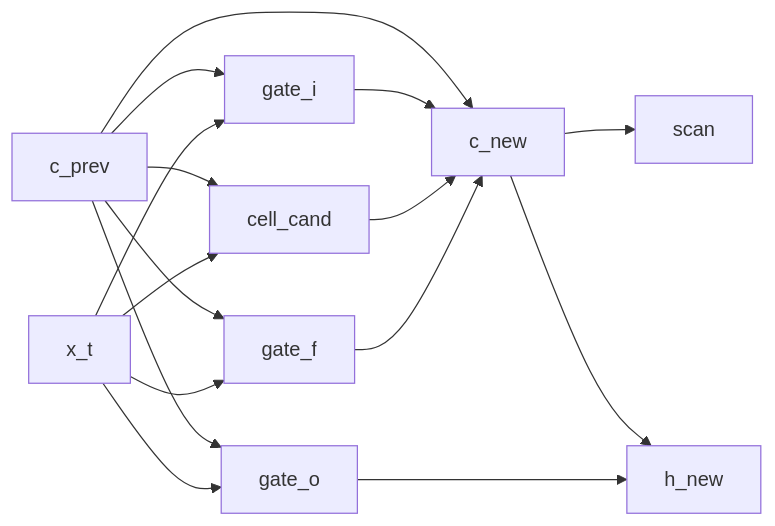
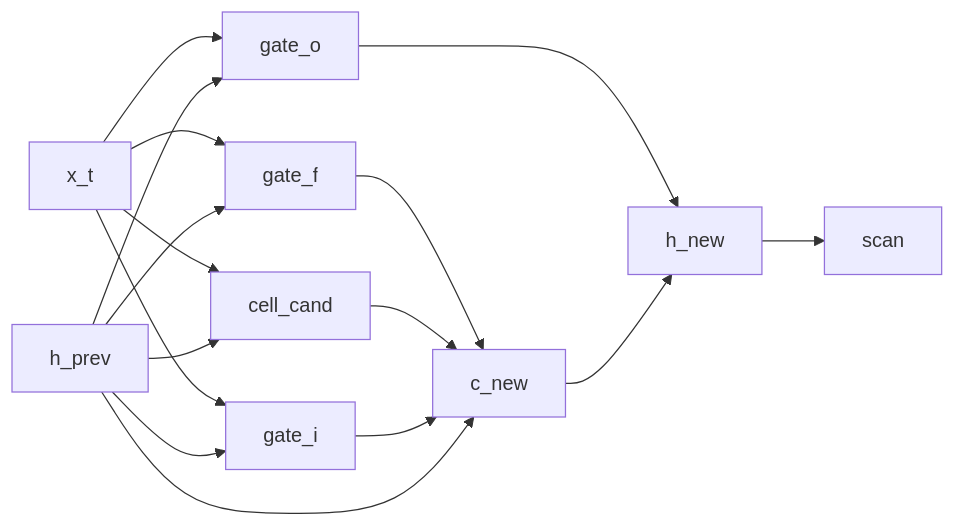
One commit to FACTSlab/quivers changed the diagram in docs/examples/lstm-lm.md. Above: the diagram before and after it, drawn with Mermaid. The commit also changed other lines of this file and 32 other files, not shown here.

````diff
--- a/docs/examples/lstm-lm.md
+++ b/docs/examples/lstm-lm.md
@@ -68,18 +68,18 @@
 ```mermaid
 flowchart LR
     x_t["x_t"] --> gate_i["gate_i"]
     x_t["x_t"] --> gate_f["gate_f"]
     x_t["x_t"] --> gate_o["gate_o"]
     x_t["x_t"] --> cell_cand["cell_cand"]
-    c_prev["c_prev"] --> gate_i["gate_i"]
-    c_prev["c_prev"] --> gate_f["gate_f"]
-    c_prev["c_prev"] --> gate_o["gate_o"]
-    c_prev["c_prev"] --> cell_cand["cell_cand"]
+    h_prev["h_prev"] --> gate_i["gate_i"]
+    h_prev["h_prev"] --> gate_f["gate_f"]
+    h_prev["h_prev"] --> gate_o["gate_o"]
+    h_prev["h_prev"] --> cell_cand["cell_cand"]
     gate_f["gate_f"] --> c_new["c_new"]
     cell_cand["cell_cand"] --> c_new["c_new"]
     gate_i["gate_i"] --> c_new["c_new"]
-    c_prev["c_prev"] --> c_new["c_new"]
-    c_new["c_new"] --> scan["scan"]
+    h_prev["h_prev"] --> c_new["c_new"]
     gate_o["gate_o"] --> h_new["h_new"]
     c_new["c_new"] --> h_new["h_new"]
+    h_new["h_new"] --> scan["scan"]
 ```
````
